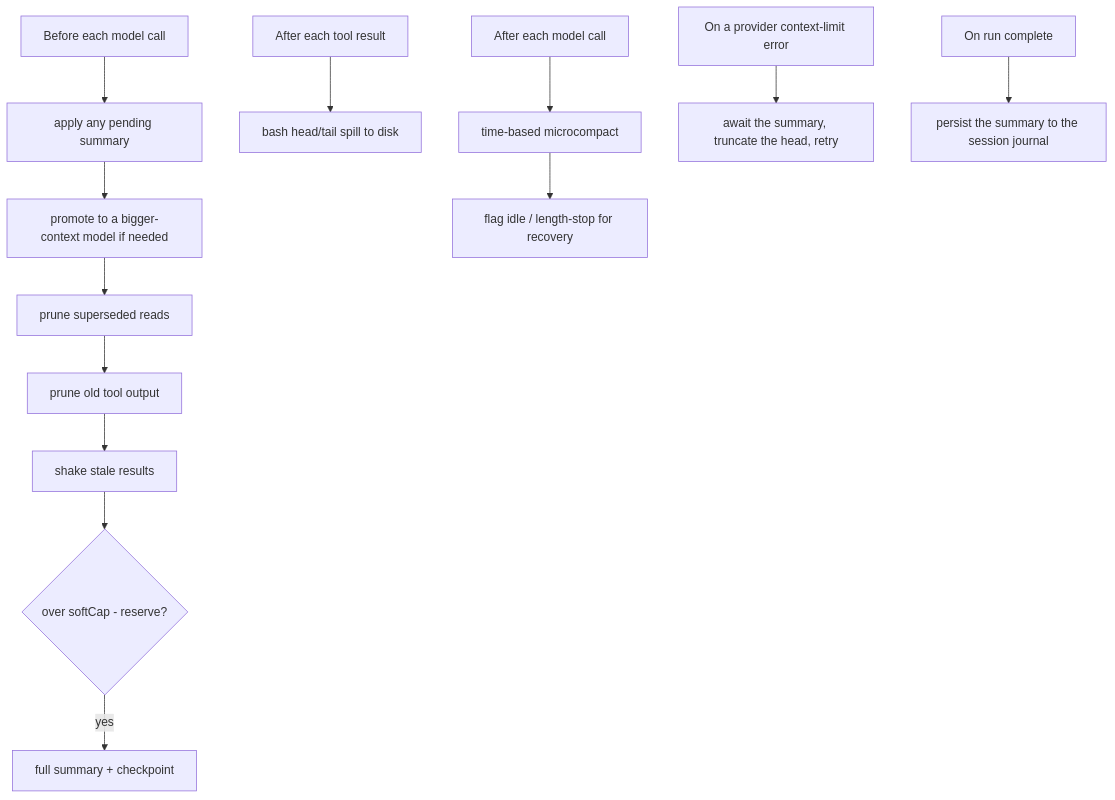
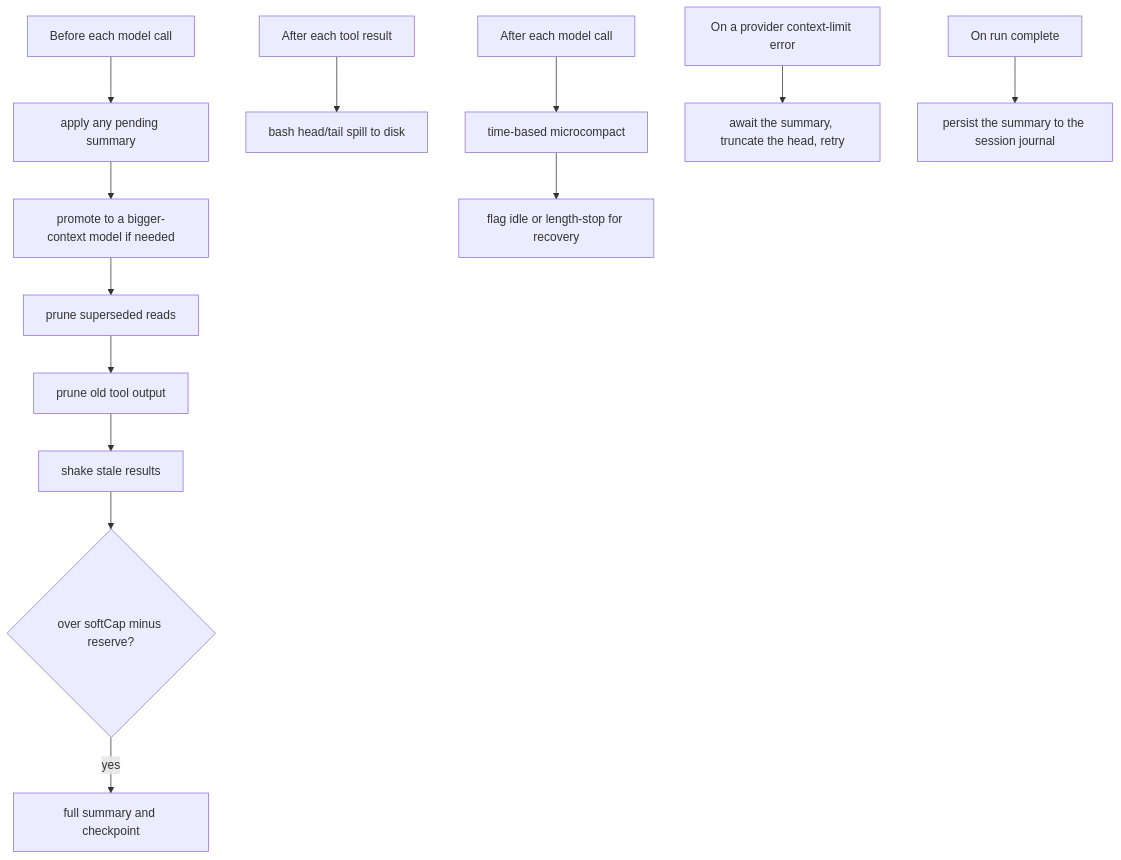
Before and after one commit to gowtham-uj/ReaperCode: the second of 2 diagrams in README.md, drawn with Mermaid. The commit also changed other lines of this file, not shown here.

Commit message:
Fix Mermaid rendering on GitHub
Quote every node label so special characters (colons, slashes, dots,
parentheses) no longer break GitHub's Mermaid parser, which was failing
with 'Cannot read properties of undefined (reading render)'.

````diff
--- a/README.md
+++ b/README.md
@@ -48,15 +48,15 @@
 ```mermaid
 flowchart TD
-    A[Before each model call] --> A1[apply any pending summary]
-    A1 --> A2[promote to a bigger-context model if needed]
-    A2 --> A3[prune superseded reads]
-    A3 --> A4[prune old tool output]
-    A4 --> A5[shake stale results]
-    A5 --> A6{over softCap - reserve?}
-    A6 -->|yes| A7[full summary + checkpoint]
-    B[After each tool result] --> B1[bash head/tail spill to disk]
-    C[After each model call] --> C1[time-based microcompact]
-    C1 --> C2[flag idle / length-stop for recovery]
-    F[On a provider context-limit error] --> F1[await the summary, truncate the head, retry]
-    G[On run complete] --> G1[persist the summary to the session journal]
+    A["Before each model call"] --> A1["apply any pending summary"]
+    A1 --> A2["promote to a bigger-context model if needed"]
+    A2 --> A3["prune superseded reads"]
+    A3 --> A4["prune old tool output"]
+    A4 --> A5["shake stale results"]
+    A5 --> A6{"over softCap minus reserve?"}
+    A6 -->|yes| A7["full summary and checkpoint"]
+    B["After each tool result"] --> B1["bash head/tail spill to disk"]
+    C["After each model call"] --> C1["time-based microcompact"]
+    C1 --> C2["flag idle or length-stop for recovery"]
+    F["On a provider context-limit error"] --> F1["await the summary, truncate the head, retry"]
+    G["On run complete"] --> G1["persist the summary to the session journal"]
 ```
````
